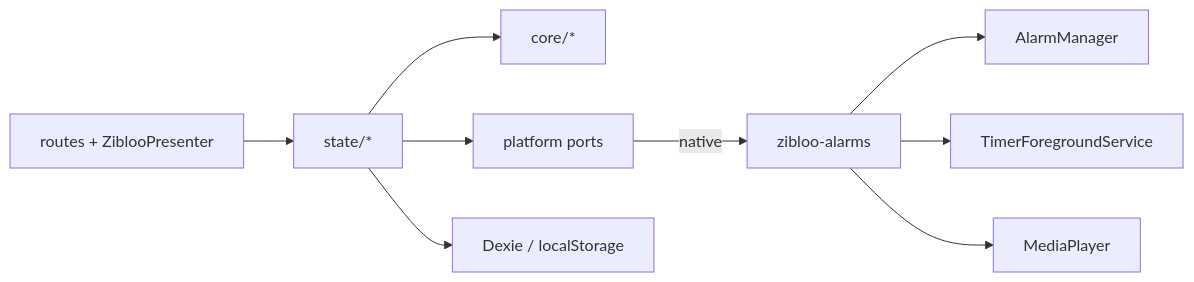
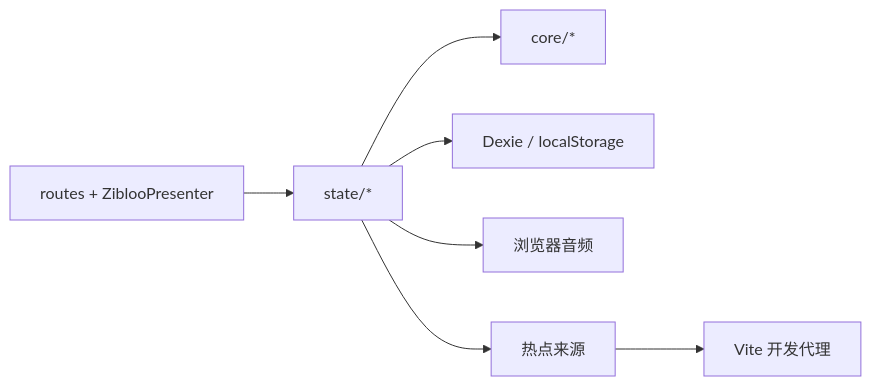
Before and after one commit to kikoiio/Zibloo: the diagram in docs/architecture.md, drawn with Mermaid. The commit also changed other lines of this file and 101 other files, not shown here.

````diff
--- a/docs/architecture.md
+++ b/docs/architecture.md
@@ -55,11 +50,9 @@
 ```mermaid
 flowchart LR
   UI["routes + ZiblooPresenter"] --> State["state/*"]
   State --> Core["core/*"]
-  State --> Platform["platform ports"]
   State --> Persist["Dexie / localStorage"]
-  Platform -->|native| Plugin["zibloo-alarms"]
-  Plugin --> AM["AlarmManager"]
-  Plugin --> FGS["TimerForegroundService"]
-  Plugin --> MP["MediaPlayer"]
+  State --> Audio["浏览器音频"]
+  State --> Fetch["热点来源"]
+  Fetch --> DevProxy["Vite 开发代理"]
 ```
````
